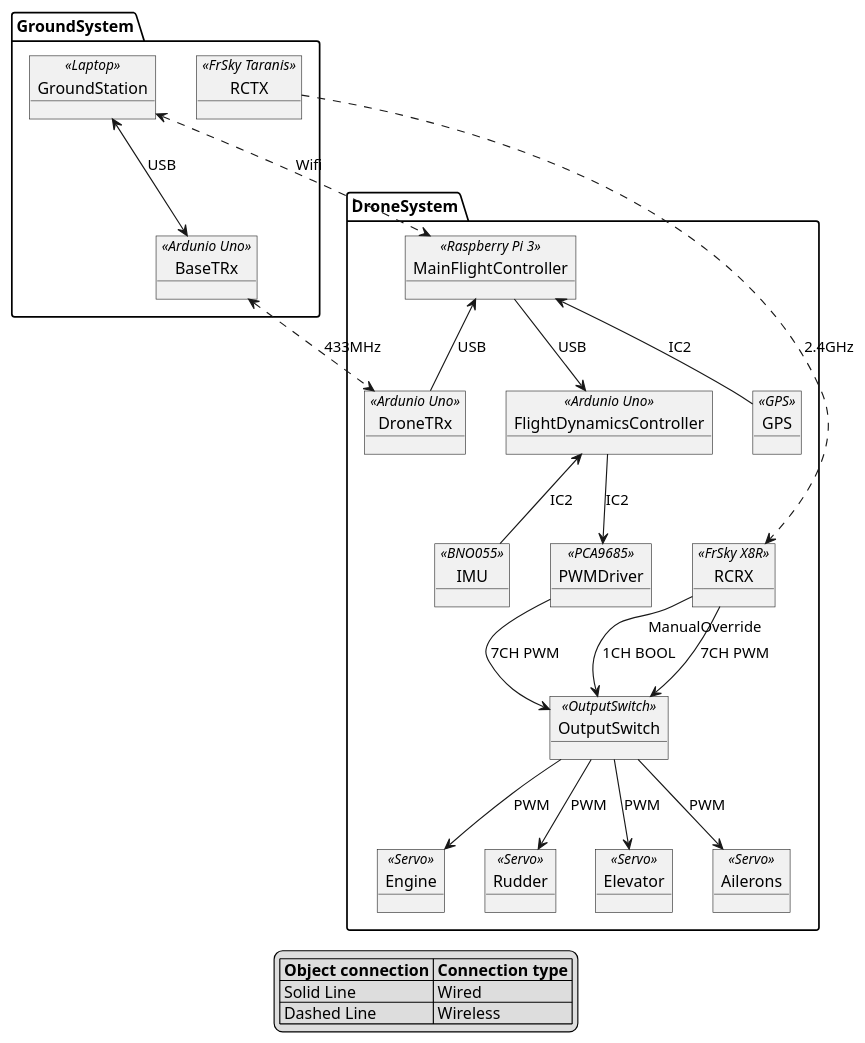
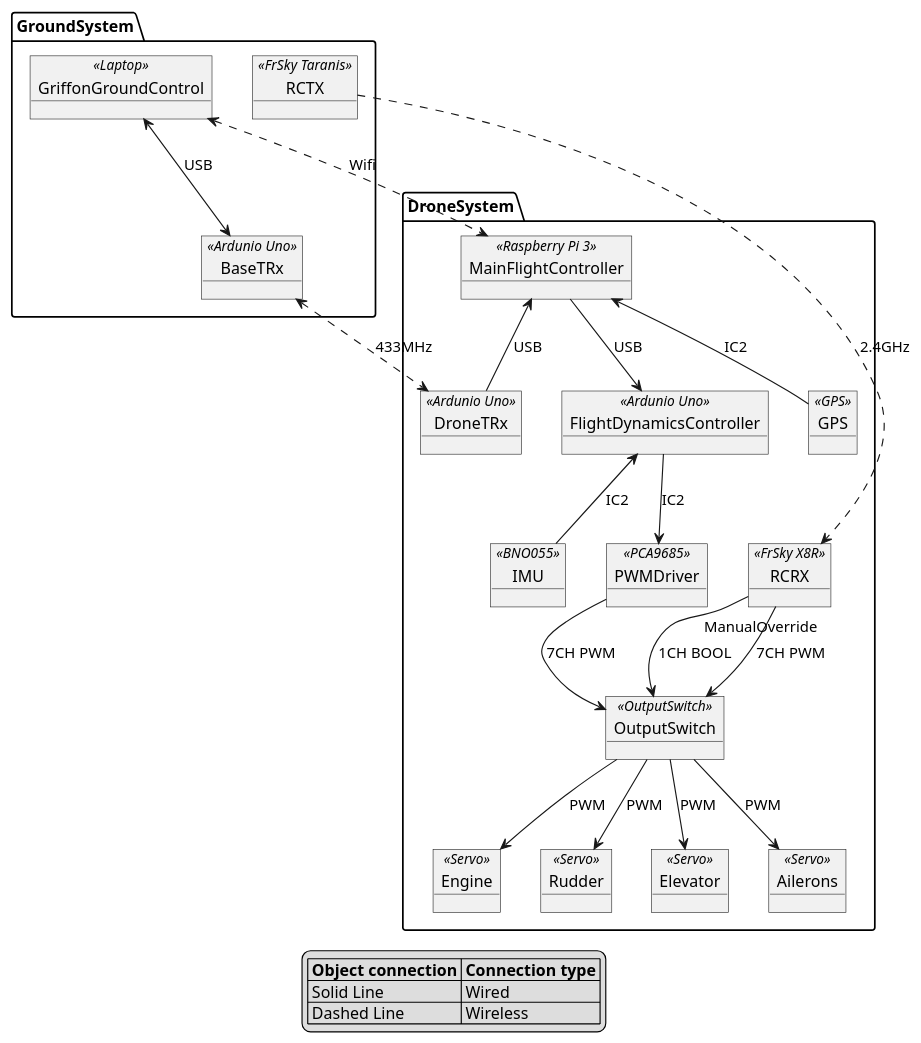
One commit to NinjaWazzzabi/project-griffon changed the diagram in documents/system-overview.plantuml. Above: the diagram before and after it, drawn with PlantUML.

Commit message:
Update system overview

```diff
--- a/documents/system-overview.plantuml
+++ b/documents/system-overview.plantuml
@@ -1,55 +1,55 @@
 @startuml
 
 legend
 |= Object connection |= Connection type |
 | Solid Line | Wired |
 | Dashed Line | Wireless |
 endlegend
 
 package DroneSystem {
     object MainFlightController <<Raspberry Pi 3>>
     object DroneTRx <<Ardunio Uno>>
     object FlightDynamicsController <<Ardunio Uno>>
     object IMU <<BNO055>>
     object PWMDriver <<PCA9685>>
     object OutputSwitch <<OutputSwitch>>
     object RCRX <<FrSky X8R>>
     object GPS <<GPS>>
 
     MainFlightController --> FlightDynamicsController : USB
     MainFlightController <-- GPS : IC2
     MainFlightController <-- DroneTRx : USB
 
     FlightDynamicsController <-- IMU : IC2
     FlightDynamicsController --> PWMDriver : IC2
 
     PWMDriver --> OutputSwitch : 7CH PWM
     RCRX --> OutputSwitch : 7CH PWM
     RCRX "ManualOverride" --> OutputSwitch : 1CH BOOL
 
 
     object Engine <<Servo>>
     object Rudder <<Servo>>
     object Elevator <<Servo>>
     object Ailerons <<Servo>>
 
     OutputSwitch --> Engine : PWM
     OutputSwitch --> Rudder : PWM
     OutputSwitch --> Elevator : PWM
     OutputSwitch --> Ailerons : PWM
 }
 
 package GroundSystem {
-    object GroundStation <<Laptop>>
+    object GriffonGroundControl <<Laptop>>
     object RCTX <<FrSky Taranis>>
     object BaseTRx <<Ardunio Uno>>
 
-    GroundStation <--> BaseTRx : USB
+    GriffonGroundControl <--> BaseTRx : USB
     
 }
 
-GroundStation <..> MainFlightController : Wifi
+GriffonGroundControl <..> MainFlightController : Wifi
 RCTX ..> RCRX : 2.4GHz
 BaseTRx <..> DroneTRx : 433MHz
 
 @enduml
```
